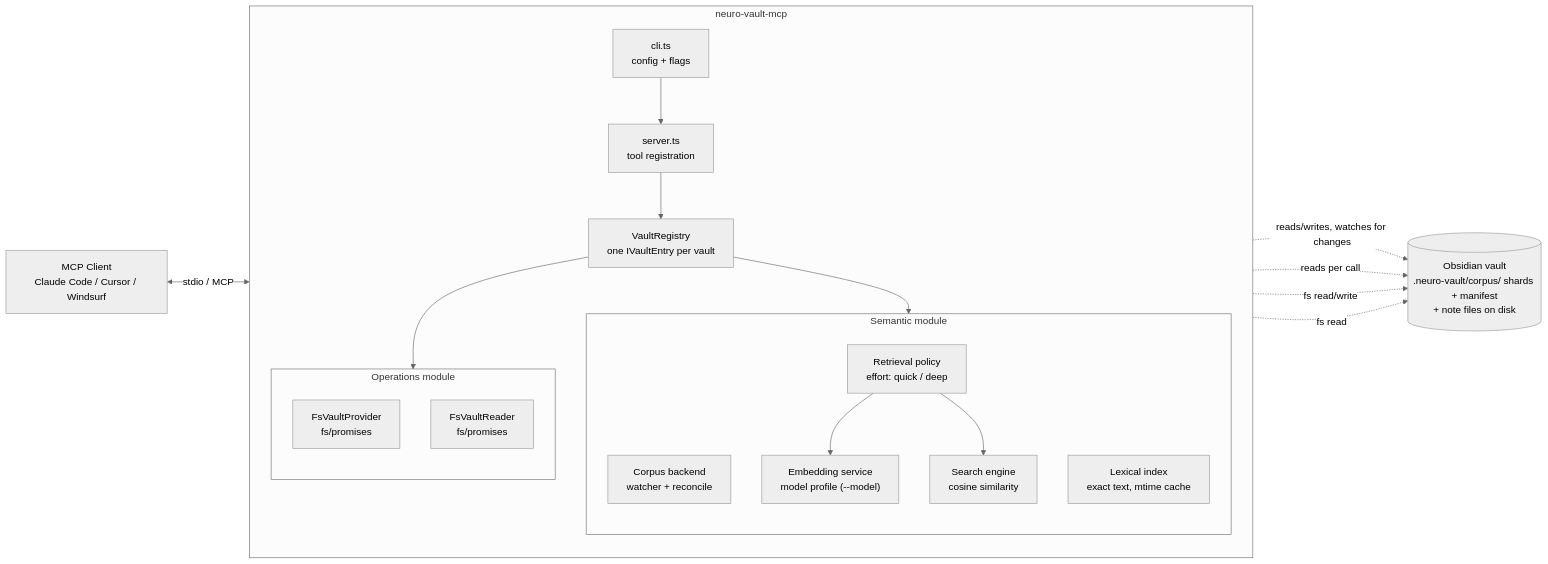
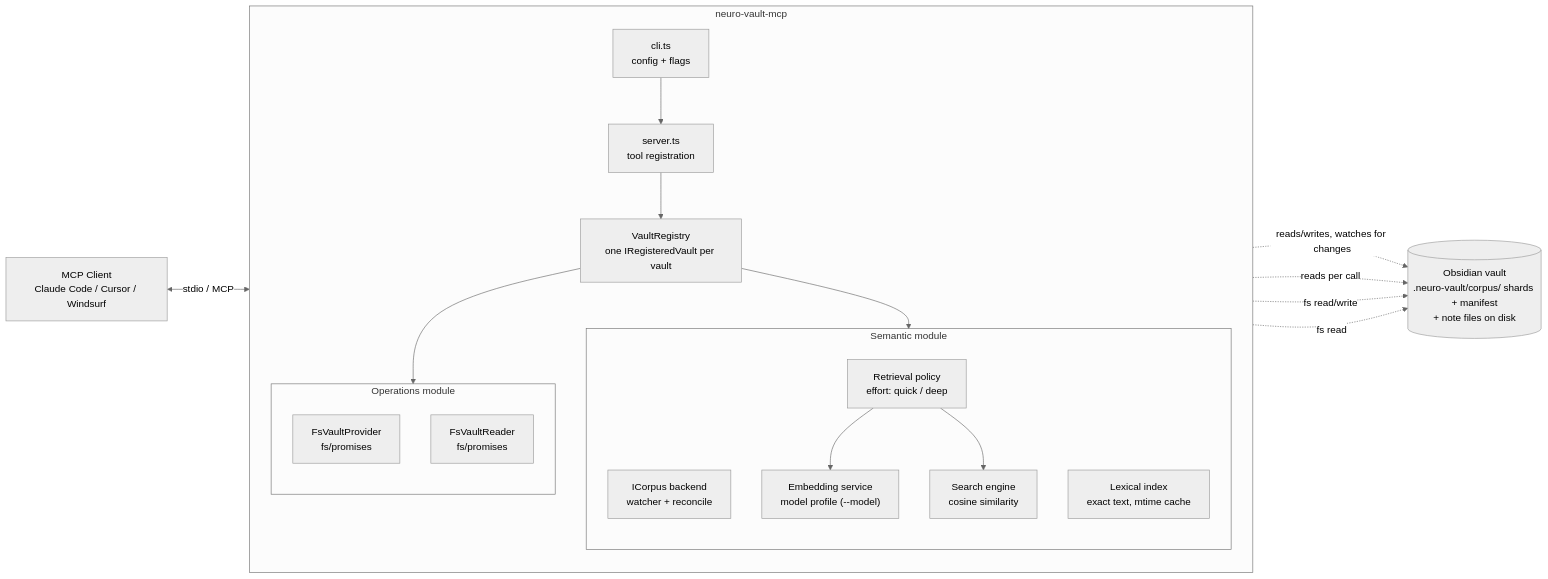
The diagram in docs/architecture/module-structure.md (AlexMost/neuro-vault), drawn with Mermaid (neutral theme) before and after one commit. The commit also changed other lines of this file and 135 other files, not shown here.

````diff
--- a/docs/architecture/module-structure.md
+++ b/docs/architecture/module-structure.md
@@ -53,35 +53,35 @@
 ```mermaid
 flowchart LR
     Client[MCP Client<br/>Claude Code / Cursor / Windsurf]
     subgraph Server[neuro-vault-mcp]
         direction TB
         CLI[cli.ts<br/>config + flags]
         Core[server.ts<br/>tool registration]
-        Registry[VaultRegistry<br/>one IVaultEntry per vault]
+        Registry[VaultRegistry<br/>one IRegisteredVault per vault]
         subgraph Semantic[Semantic module]
             direction TB
-            Backend[Corpus backend<br/>watcher + reconcile]
+            Backend[ICorpus backend<br/>watcher + reconcile]
             Retrieval[Retrieval policy<br/>effort: quick / deep]
             Embed["Embedding service<br/>model profile (--model)"]
             Search[Search engine<br/>cosine similarity]
             Lexical[Lexical index<br/>exact text, mtime cache]
         end
         subgraph Operations[Operations module]
             direction TB
             Provider[FsVaultProvider<br/>fs/promises]
             Reader[FsVaultReader<br/>fs/promises]
         end
         CLI --> Core
         Core --> Registry
         Registry --> Semantic
         Registry --> Operations
         Retrieval --> Embed
         Retrieval --> Search
     end
     Vault[(Obsidian vault<br/>.neuro-vault/corpus/ shards + manifest<br/>+ note files on disk)]
     Client <-->|stdio / MCP| Core
     Backend -. reads/writes, watches for changes .-> Vault
     Lexical -. reads per call .-> Vault
     Provider -. fs read/write .-> Vault
     Reader -. fs read .-> Vault
 ```
````
